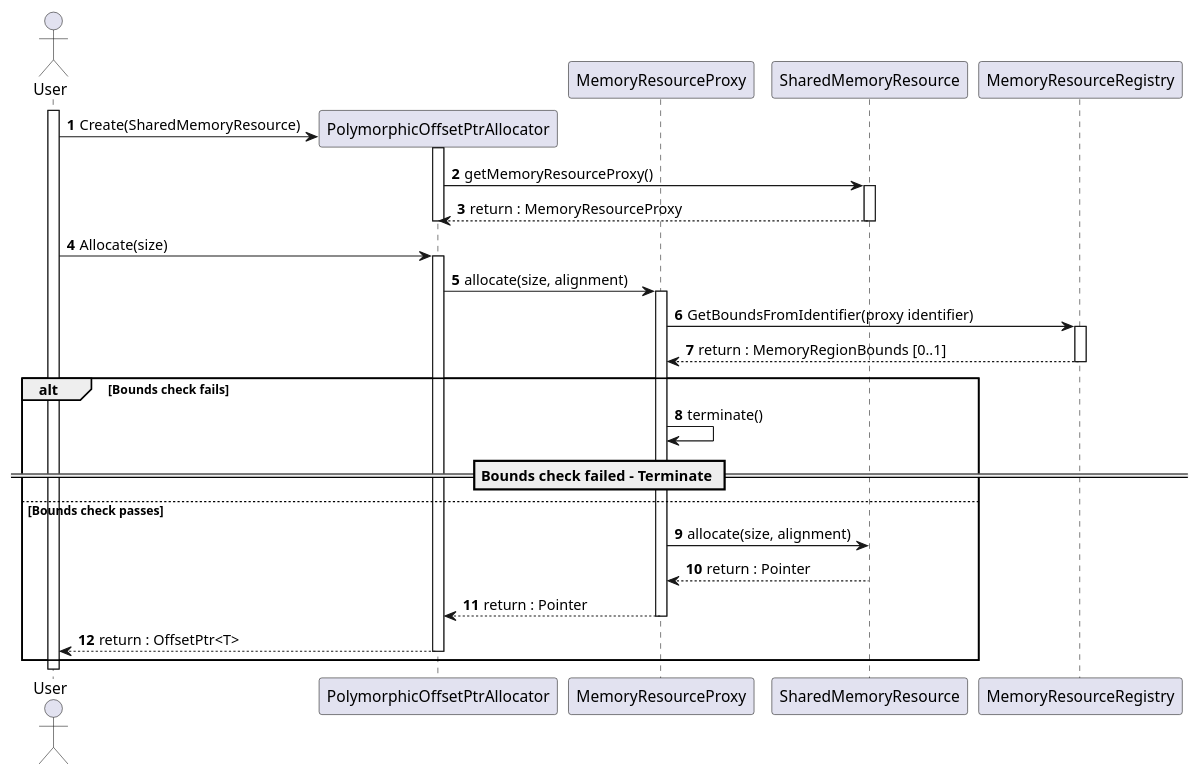
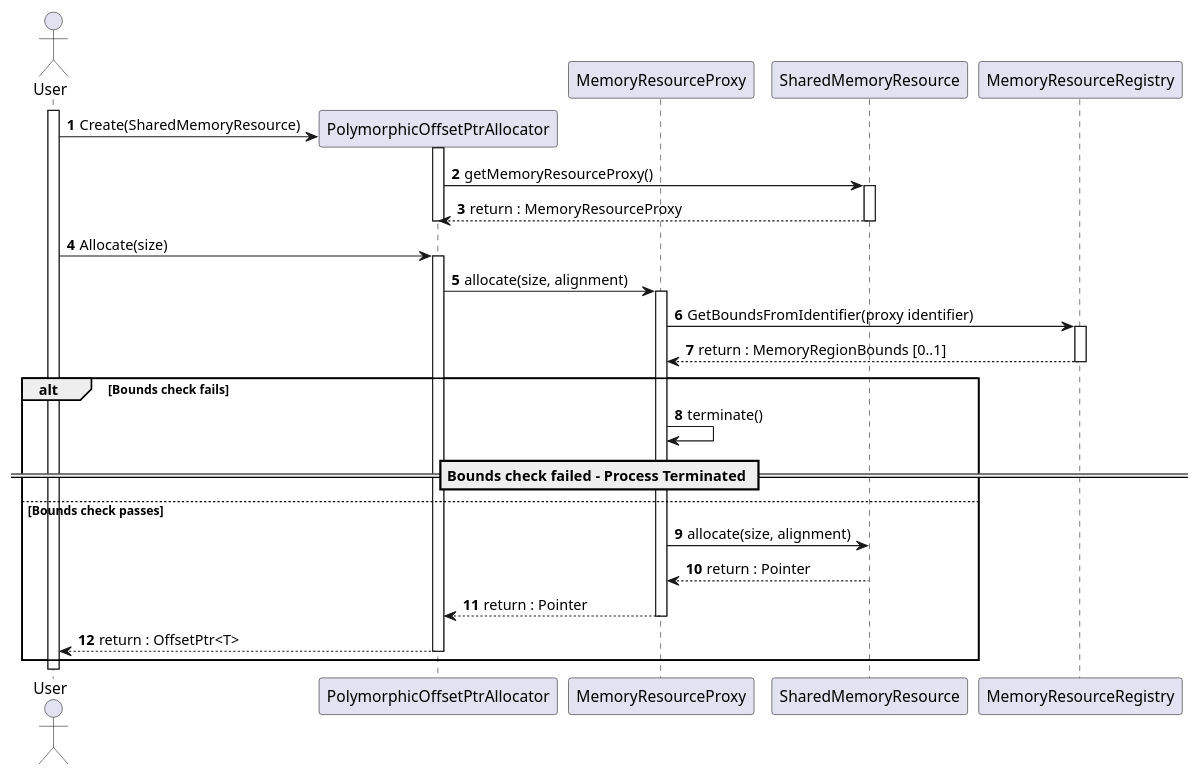
One commit to eclipse-score/communication changed the diagram in score/memory/shared/dependability/architectural_design/dynamic_design/allocator_allocate.puml. Above: the diagram before and after it, drawn with PlantUML. The commit also changed 19 other files, not shown here.

```diff
--- a/score/memory/shared/dependability/architectural_design/dynamic_design/allocator_allocate.puml
+++ b/score/memory/shared/dependability/architectural_design/dynamic_design/allocator_allocate.puml
@@ -1,40 +1,40 @@
 @startuml
 'https://plantuml.com/sequence-diagram
 
 autonumber
 
 actor "User" as Process
 participant "PolymorphicOffsetPtrAllocator" as allocator
 participant "MemoryResourceProxy" as proxy
 participant "SharedMemoryResource" as resource
 participant "MemoryResourceRegistry" as registry
 
 activate Process
 create allocator
 Process -> allocator: Create(SharedMemoryResource)
 activate allocator
 allocator -> resource: getMemoryResourceProxy()
 activate resource
 allocator <-- resource: return : MemoryResourceProxy
 deactivate resource
 deactivate allocator
 Process -> allocator: Allocate(size)
 activate allocator
 allocator -> proxy: allocate(size, alignment)
 activate proxy
 proxy -> registry: GetBoundsFromIdentifier(proxy identifier)
 activate registry
 proxy <-- registry: return : MemoryRegionBounds [0..1]
 deactivate registry
 alt Bounds check fails
     proxy -> proxy : terminate()
-    == Bounds check failed - Terminate ==
+    == Bounds check failed - Process Terminated ==
 else Bounds check passes
     proxy -> resource : allocate(size, alignment)
     proxy <-- resource : return : Pointer
     allocator <-- proxy : return : Pointer
     deactivate proxy
     Process <-- allocator : return : OffsetPtr<T>
     deactivate allocator
 end
 @enduml
```
